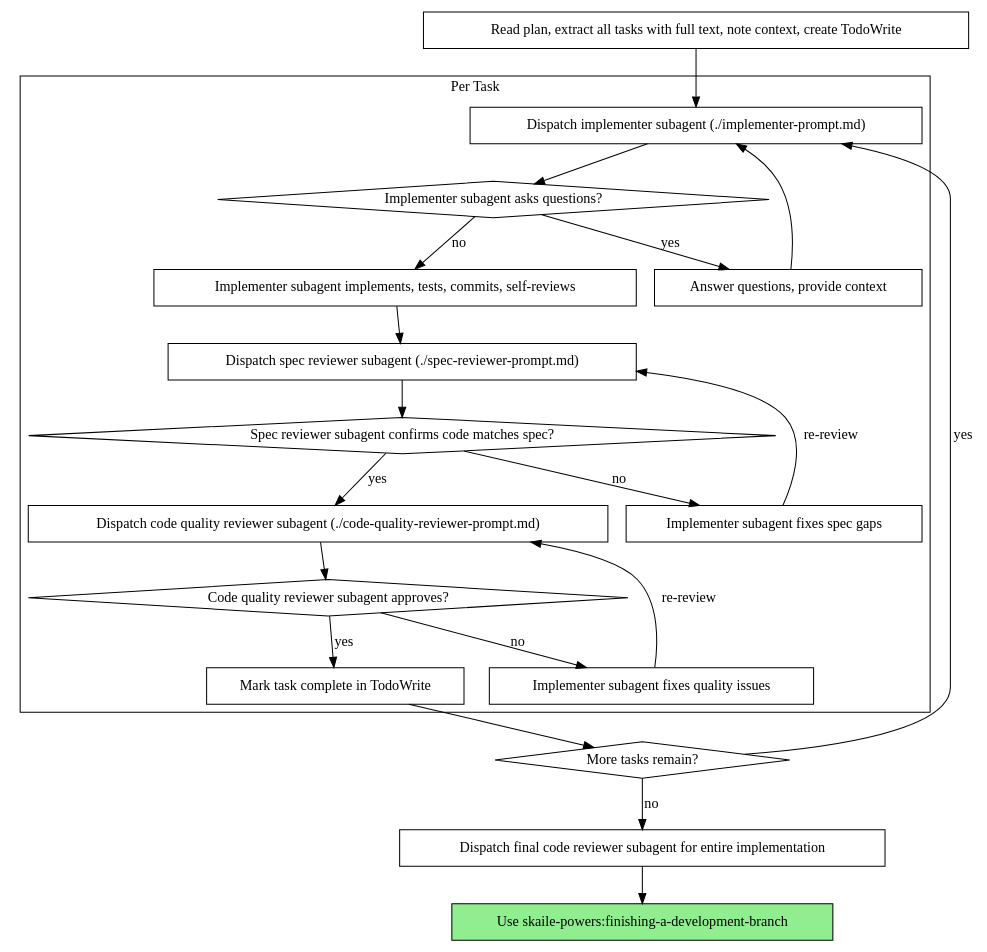
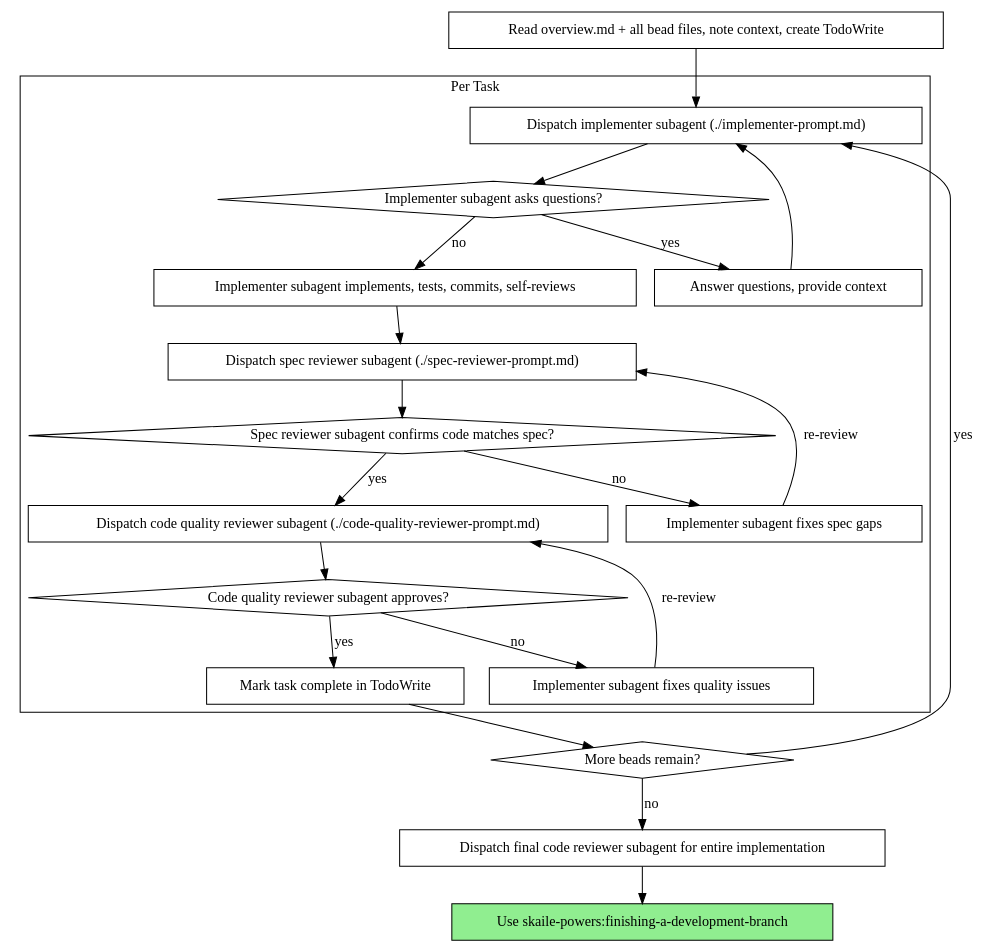
The second of 2 diagrams in skaile-powers/skills/execution/subagent-driven-development/SKILL.md (skaile-ai/ai-assets), drawn with Graphviz before and after one commit. The commit also changed other lines of this file and 15 other files, not shown here.

````diff
--- a/skaile-powers/skills/execution/subagent-driven-development/SKILL.md
+++ b/skaile-powers/skills/execution/subagent-driven-development/SKILL.md
@@ -44,44 +50,44 @@
 ```dot
 digraph process {
     rankdir=TB;
 
     subgraph cluster_per_task {
         label="Per Task";
         "Dispatch implementer subagent (./implementer-prompt.md)" [shape=box];
         "Implementer subagent asks questions?" [shape=diamond];
         "Answer questions, provide context" [shape=box];
         "Implementer subagent implements, tests, commits, self-reviews" [shape=box];
         "Dispatch spec reviewer subagent (./spec-reviewer-prompt.md)" [shape=box];
         "Spec reviewer subagent confirms code matches spec?" [shape=diamond];
         "Implementer subagent fixes spec gaps" [shape=box];
         "Dispatch code quality reviewer subagent (./code-quality-reviewer-prompt.md)" [shape=box];
         "Code quality reviewer subagent approves?" [shape=diamond];
         "Implementer subagent fixes quality issues" [shape=box];
         "Mark task complete in TodoWrite" [shape=box];
     }
 
-    "Read plan, extract all tasks with full text, note context, create TodoWrite" [shape=box];
-    "More tasks remain?" [shape=diamond];
+    "Read overview.md + all bead files, note context, create TodoWrite" [shape=box];
+    "More beads remain?" [shape=diamond];
     "Dispatch final code reviewer subagent for entire implementation" [shape=box];
     "Use skaile-powers:finishing-a-development-branch" [shape=box style=filled fillcolor=lightgreen];
 
-    "Read plan, extract all tasks with full text, note context, create TodoWrite" -> "Dispatch implementer subagent (./implementer-prompt.md)";
+    "Read overview.md + all bead files, note context, create TodoWrite" -> "Dispatch implementer subagent (./implementer-prompt.md)";
     "Dispatch implementer subagent (./implementer-prompt.md)" -> "Implementer subagent asks questions?";
     "Implementer subagent asks questions?" -> "Answer questions, provide context" [label="yes"];
     "Answer questions, provide context" -> "Dispatch implementer subagent (./implementer-prompt.md)";
     "Implementer subagent asks questions?" -> "Implementer subagent implements, tests, commits, self-reviews" [label="no"];
     "Implementer subagent implements, tests, commits, self-reviews" -> "Dispatch spec reviewer subagent (./spec-reviewer-prompt.md)";
     "Dispatch spec reviewer subagent (./spec-reviewer-prompt.md)" -> "Spec reviewer subagent confirms code matches spec?";
     "Spec reviewer subagent confirms code matches spec?" -> "Implementer subagent fixes spec gaps" [label="no"];
     "Implementer subagent fixes spec gaps" -> "Dispatch spec reviewer subagent (./spec-reviewer-prompt.md)" [label="re-review"];
     "Spec reviewer subagent confirms code matches spec?" -> "Dispatch code quality reviewer subagent (./code-quality-reviewer-prompt.md)" [label="yes"];
     "Dispatch code quality reviewer subagent (./code-quality-reviewer-prompt.md)" -> "Code quality reviewer subagent approves?";
     "Code quality reviewer subagent approves?" -> "Implementer subagent fixes quality issues" [label="no"];
     "Implementer subagent fixes quality issues" -> "Dispatch code quality reviewer subagent (./code-quality-reviewer-prompt.md)" [label="re-review"];
     "Code quality reviewer subagent approves?" -> "Mark task complete in TodoWrite" [label="yes"];
-    "Mark task complete in TodoWrite" -> "More tasks remain?";
-    "More tasks remain?" -> "Dispatch implementer subagent (./implementer-prompt.md)" [label="yes"];
-    "More tasks remain?" -> "Dispatch final code reviewer subagent for entire implementation" [label="no"];
+    "Mark task complete in TodoWrite" -> "More beads remain?";
+    "More beads remain?" -> "Dispatch implementer subagent (./implementer-prompt.md)" [label="yes"];
+    "More beads remain?" -> "Dispatch final code reviewer subagent for entire implementation" [label="no"];
     "Dispatch final code reviewer subagent for entire implementation" -> "Use skaile-powers:finishing-a-development-branch";
 }
 ```
````
